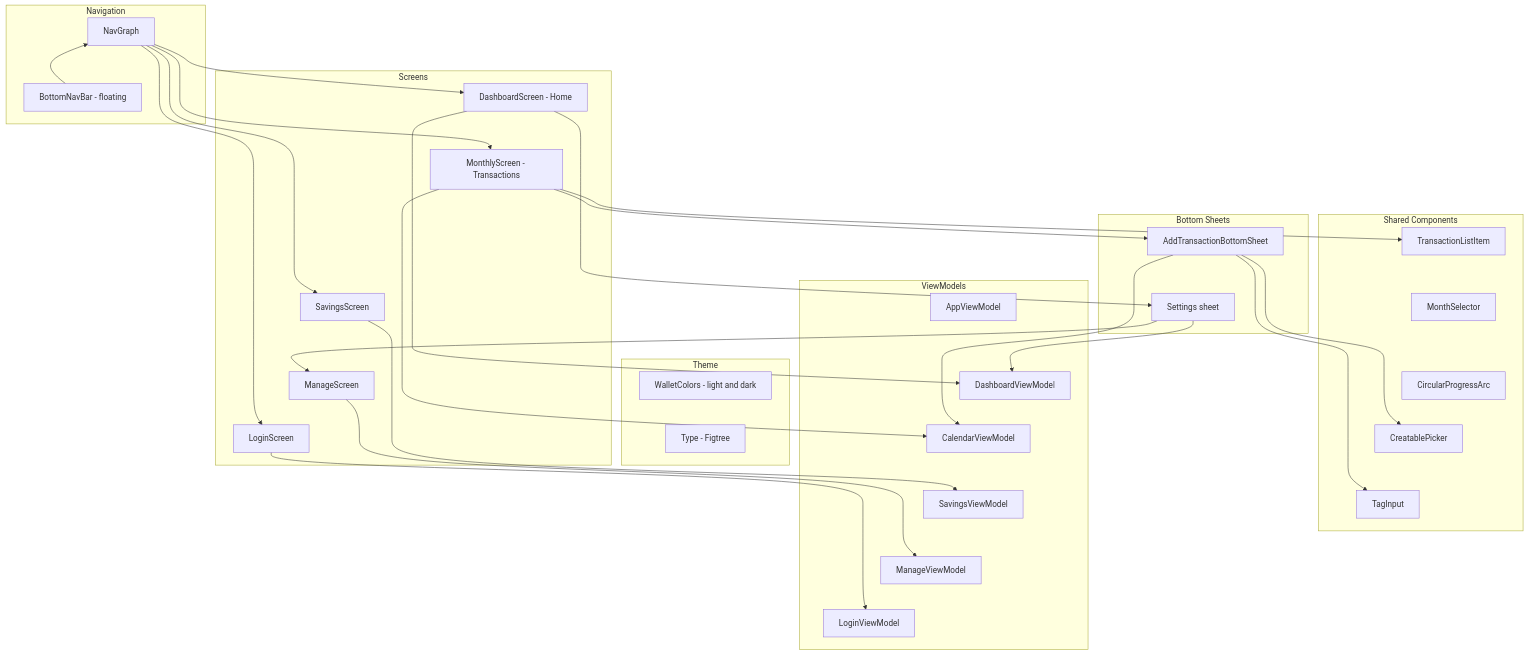
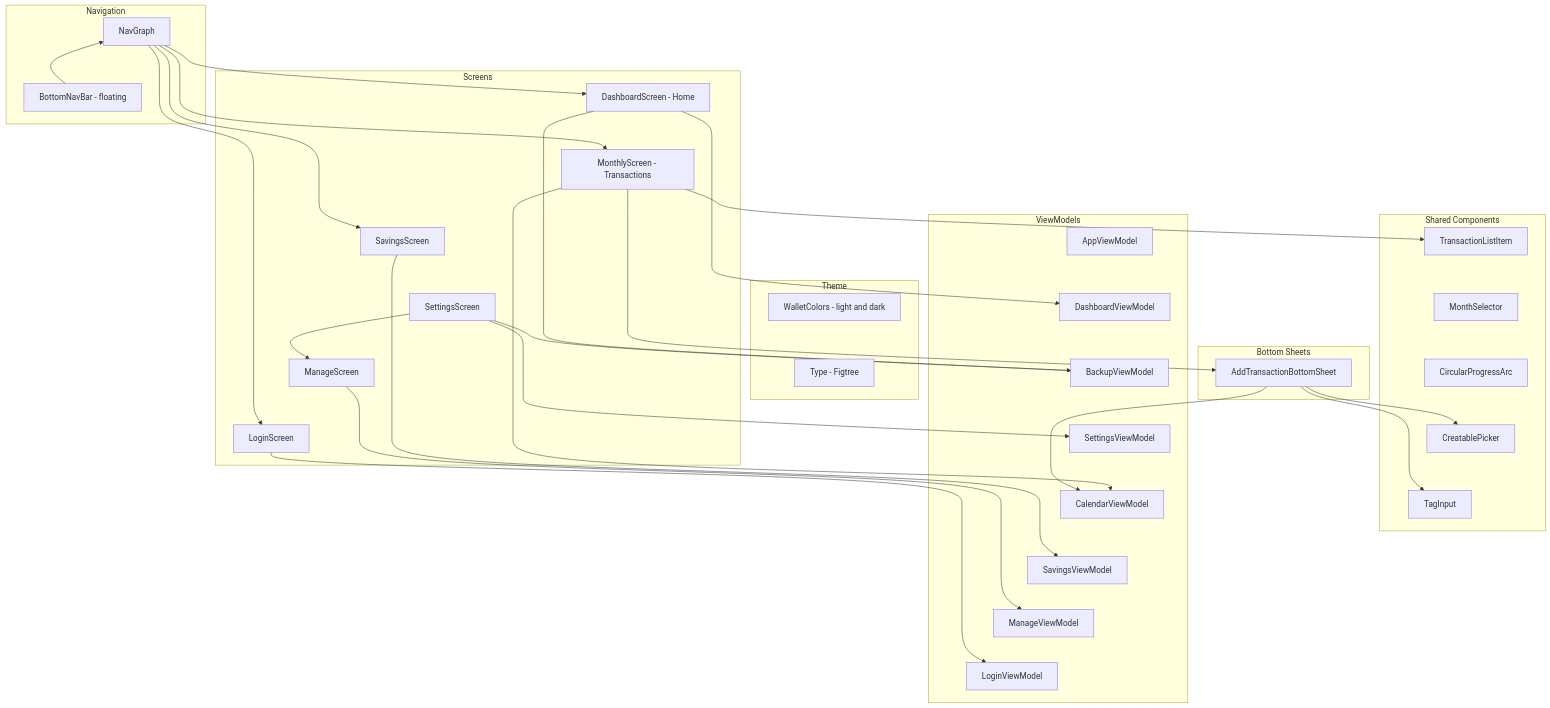
Before and after one commit to JFfarrell/financesApp: the diagram in docs/architecture/04_ui.md, drawn with Mermaid. The commit also changed other lines of this file and 30 other files, not shown here.

````diff
--- a/docs/architecture/04_ui.md
+++ b/docs/architecture/04_ui.md
@@ -5,66 +5,69 @@
 ```mermaid
 graph TD
 
     subgraph Theme["Theme"]
         WC["WalletColors - light and dark"]
         WC ~~~ TY["Type - Figtree"]
     end
 
     subgraph Navigation["Navigation"]
         NG["NavGraph"]
         NG ~~~ BNB["BottomNavBar - floating"]
     end
 
     subgraph Screens["Screens"]
         DS["DashboardScreen - Home"]
         DS ~~~ MS["MonthlyScreen - Transactions"]
         MS ~~~ SS["SavingsScreen"]
-        SS ~~~ MG["ManageScreen"]
+        SS ~~~ SC["SettingsScreen"]
+        SC ~~~ MG["ManageScreen"]
         MG ~~~ LS["LoginScreen"]
     end
 
     subgraph Sheets["Bottom Sheets"]
         ATS["AddTransactionBottomSheet"]
-        ATS ~~~ SET["Settings sheet"]
     end
 
     subgraph Components["Shared Components"]
         TLI["TransactionListItem"]
         TLI ~~~ MS2["MonthSelector"]
         MS2 ~~~ CPA["CircularProgressArc"]
         CPA ~~~ CP["CreatablePicker"]
         CP ~~~ TI["TagInput"]
     end
 
     subgraph ViewModels["ViewModels"]
         AVM["AppViewModel"]
         AVM ~~~ DVM["DashboardViewModel"]
-        DVM ~~~ CVM["CalendarViewModel"]
+        DVM ~~~ BVM["BackupViewModel"]
+        BVM ~~~ STVM["SettingsViewModel"]
+        STVM ~~~ CVM["CalendarViewModel"]
         CVM ~~~ SVM["SavingsViewModel"]
         SVM ~~~ MVM["ManageViewModel"]
         MVM ~~~ LVM["LoginViewModel"]
     end
 
     BNB --> NG
     NG --> DS
     NG --> MS
     NG --> SS
     NG --> LS
 
     DS --> DVM
-    DS --> SET
-    SET --> DVM
+    DS --> BVM
+    SC --> STVM
+    SC --> BVM
+    SC --> MG
     MS --> CVM
     SS --> SVM
     LS --> LVM
     MG --> MVM
-    SET --> MG
 
     MS --> ATS
     ATS --> CP
     ATS --> TI
     ATS --> CVM
     MS --> TLI
 
     AVM ~~~ WC
 ```
````
